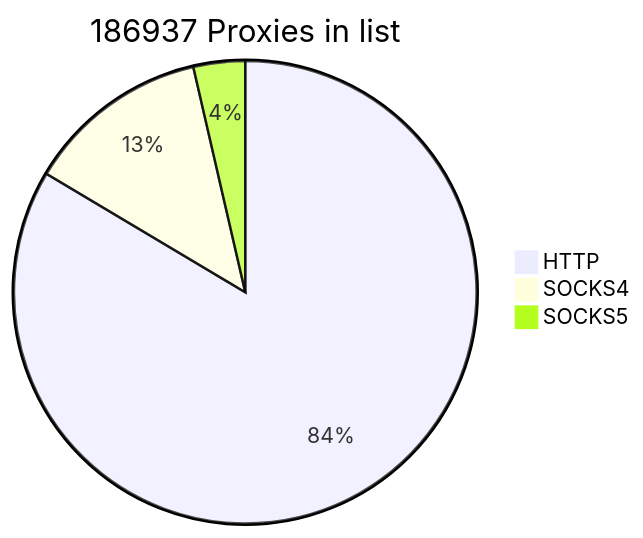
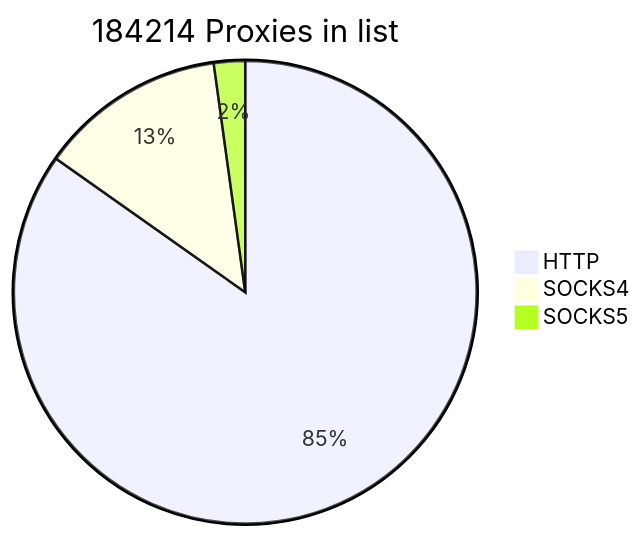
One commit to cutipu/proxylist changed the first of 2 diagrams in README.md. Above: the diagram before and after it, drawn with Mermaid. The commit also changed other lines of this file, not shown here.

````diff
--- a/README.md
+++ b/README.md
@@ -2,7 +2,7 @@
 ```mermaid
-pie title 186937 Proxies in list
+pie title 184214 Proxies in list
     "HTTP" : 156183
     "SOCKS4" : 24010
-    "SOCKS5" : 6744
+    "SOCKS5" : 4021
             
 ```
````
